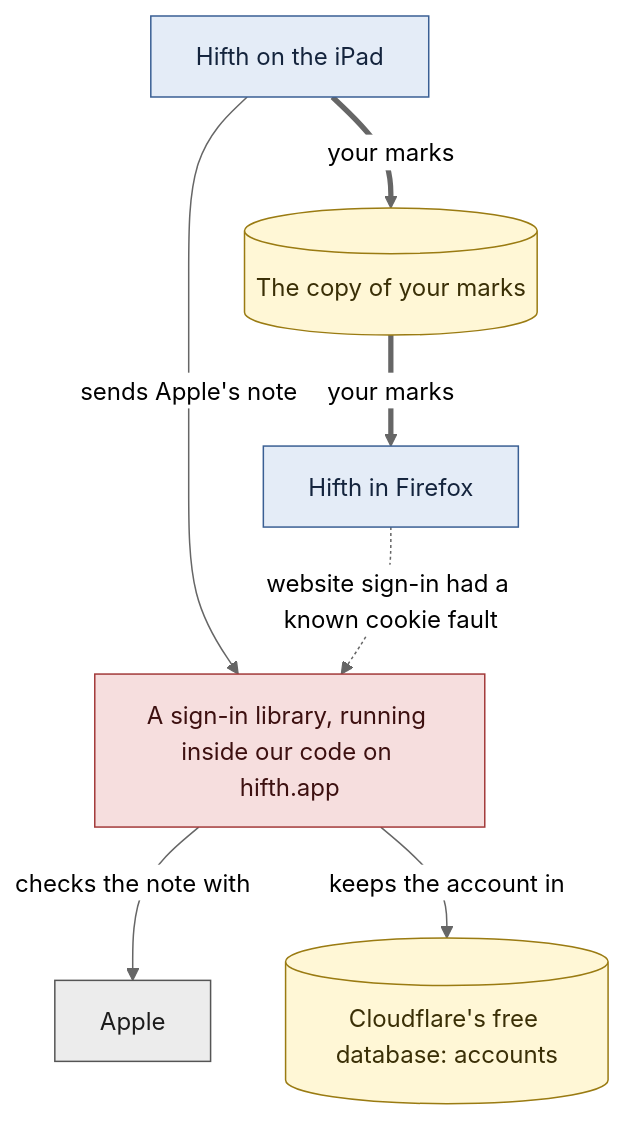
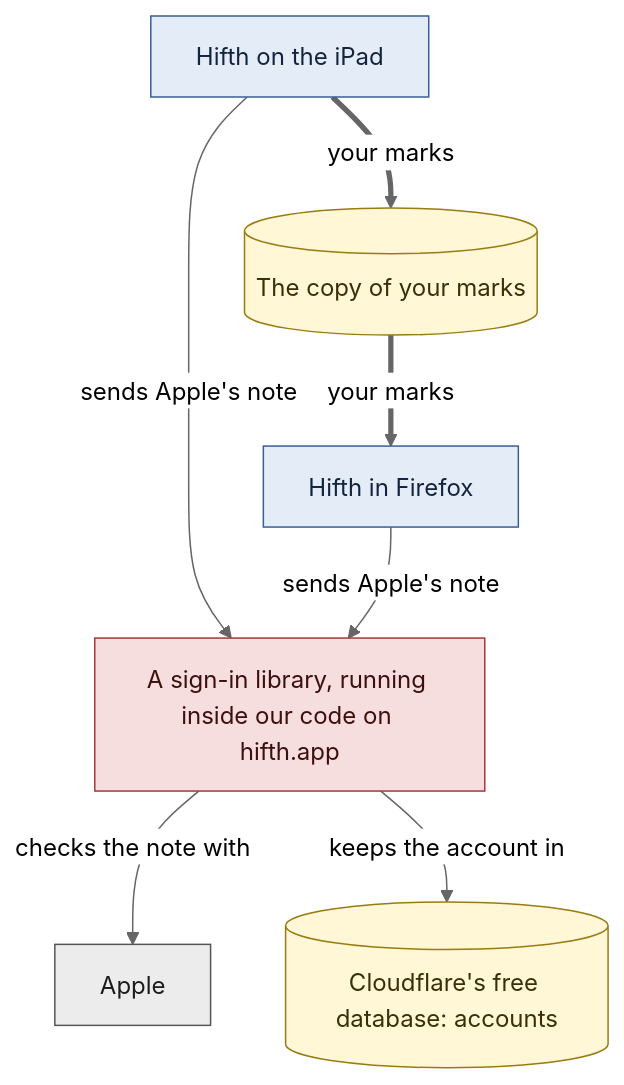
The third of 8 diagrams in docs/design/sign-in-options.md (omars-lab/hifth), drawn with Mermaid (neutral theme) before and after one commit. The commit also changed other lines of this file and 10 other files, not shown here.

````diff
--- a/docs/design/sign-in-options.md
+++ b/docs/design/sign-in-options.md
@@ -81,19 +81,19 @@
 ```mermaid
 flowchart TB
   IPAD["Hifth on the iPad"]:::device
   FF["Hifth in Firefox"]:::device
   LIB["A sign-in library, running inside our code on hifth.app"]:::other
   DB[("Cloudflare's free database: accounts")]:::data
   COPY[("The copy of your marks")]:::data
   APPLE["Apple"]:::apple
   IPAD -- "sends Apple's note" --> LIB
-  FF -. "website sign-in had a known cookie fault" .-> LIB
+  FF -- "sends Apple's note" --> LIB
   LIB -- "checks the note with" --> APPLE
   LIB -- "keeps the account in" --> DB
   IPAD == "your marks" ==> COPY
   COPY == "your marks" ==> FF
   classDef device fill:#e4ecf7,stroke:#3a5f94,color:#14243d
   classDef apple fill:#ececec,stroke:#555,color:#1c1c1c
   classDef other fill:#f6dede,stroke:#a33a3a,color:#3d1010
   classDef data fill:#fff7d6,stroke:#9a7b12,color:#3a2f06
 ```
````
